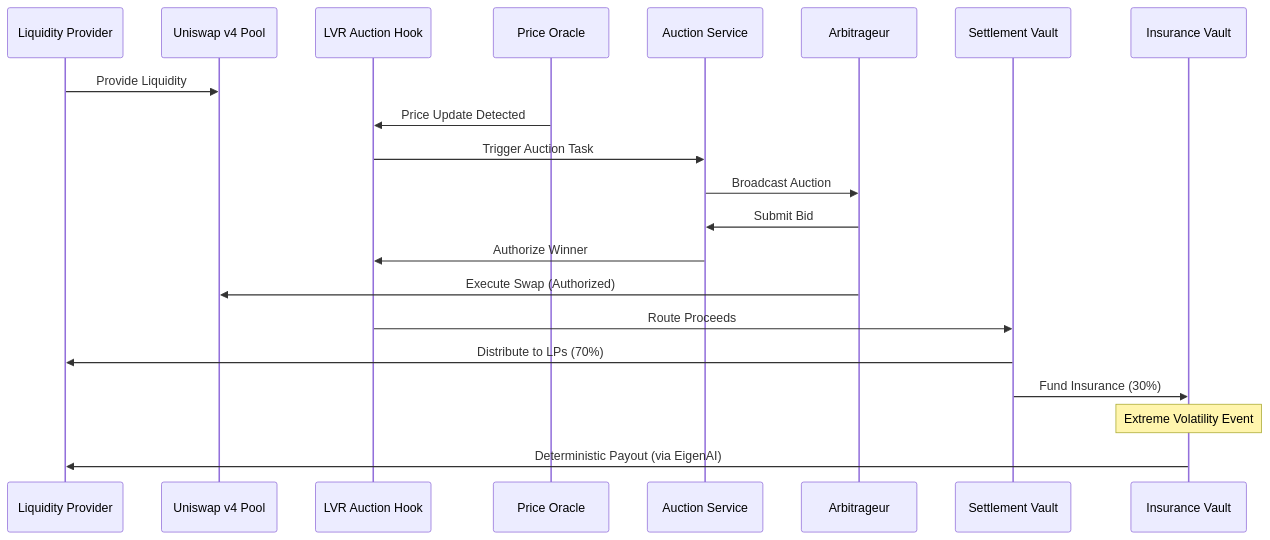
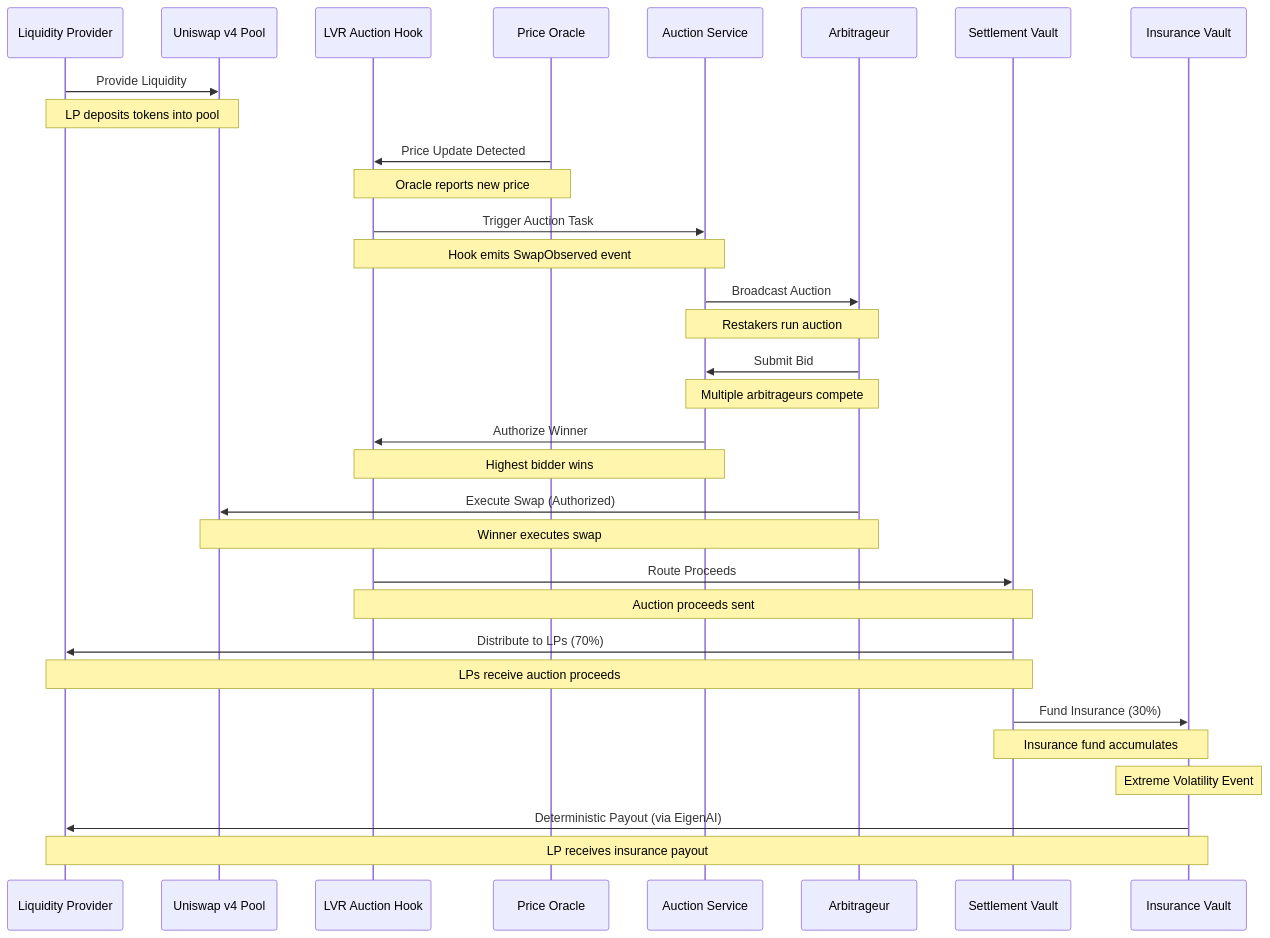
One commit to KHRAFTSng/ROLAID-HOOK changed the first of 3 diagrams in README.md. Above: the diagram before and after it, drawn with Mermaid. The commit also changed other lines of this file and 2 other files, not shown here.

````diff
--- a/README.md
+++ b/README.md
@@ -92,25 +96,36 @@
 ```mermaid
 sequenceDiagram
     participant LP as Liquidity Provider
     participant Pool as Uniswap v4 Pool
     participant Hook as LVR Auction Hook
     participant Oracle as Price Oracle
     participant Auction as Auction Service
     participant Arb as Arbitrageur
     participant Vault as Settlement Vault
     participant Insurance as Insurance Vault
 
     LP->>Pool: Provide Liquidity
+    Note over LP,Pool: LP deposits tokens into pool
     Oracle->>Hook: Price Update Detected
+    Note over Oracle,Hook: Oracle reports new price
     Hook->>Auction: Trigger Auction Task
+    Note over Hook,Auction: Hook emits SwapObserved event
     Auction->>Arb: Broadcast Auction
+    Note over Auction,Arb: Restakers run auction
     Arb->>Auction: Submit Bid
+    Note over Arb,Auction: Multiple arbitrageurs compete
     Auction->>Hook: Authorize Winner
+    Note over Auction,Hook: Highest bidder wins
     Arb->>Pool: Execute Swap (Authorized)
+    Note over Arb,Pool: Winner executes swap
     Hook->>Vault: Route Proceeds
+    Note over Hook,Vault: Auction proceeds sent
     Vault->>LP: Distribute to LPs (70%)
+    Note over Vault,LP: LPs receive auction proceeds
     Vault->>Insurance: Fund Insurance (30%)
+    Note over Vault,Insurance: Insurance fund accumulates
     
     Note over Insurance: Extreme Volatility Event
     Insurance->>LP: Deterministic Payout (via EigenAI)
+    Note over Insurance,LP: LP receives insurance payout
 ```
````
